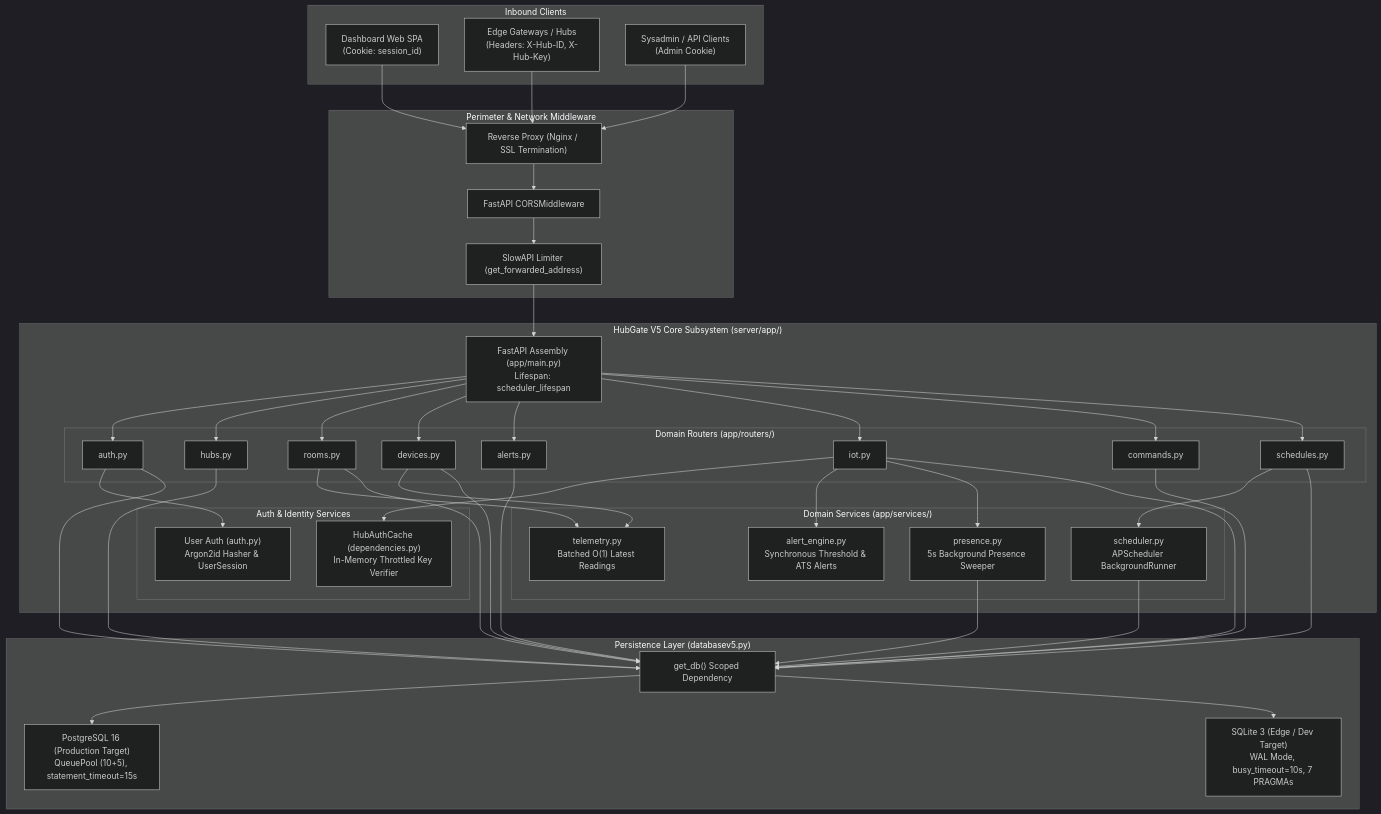
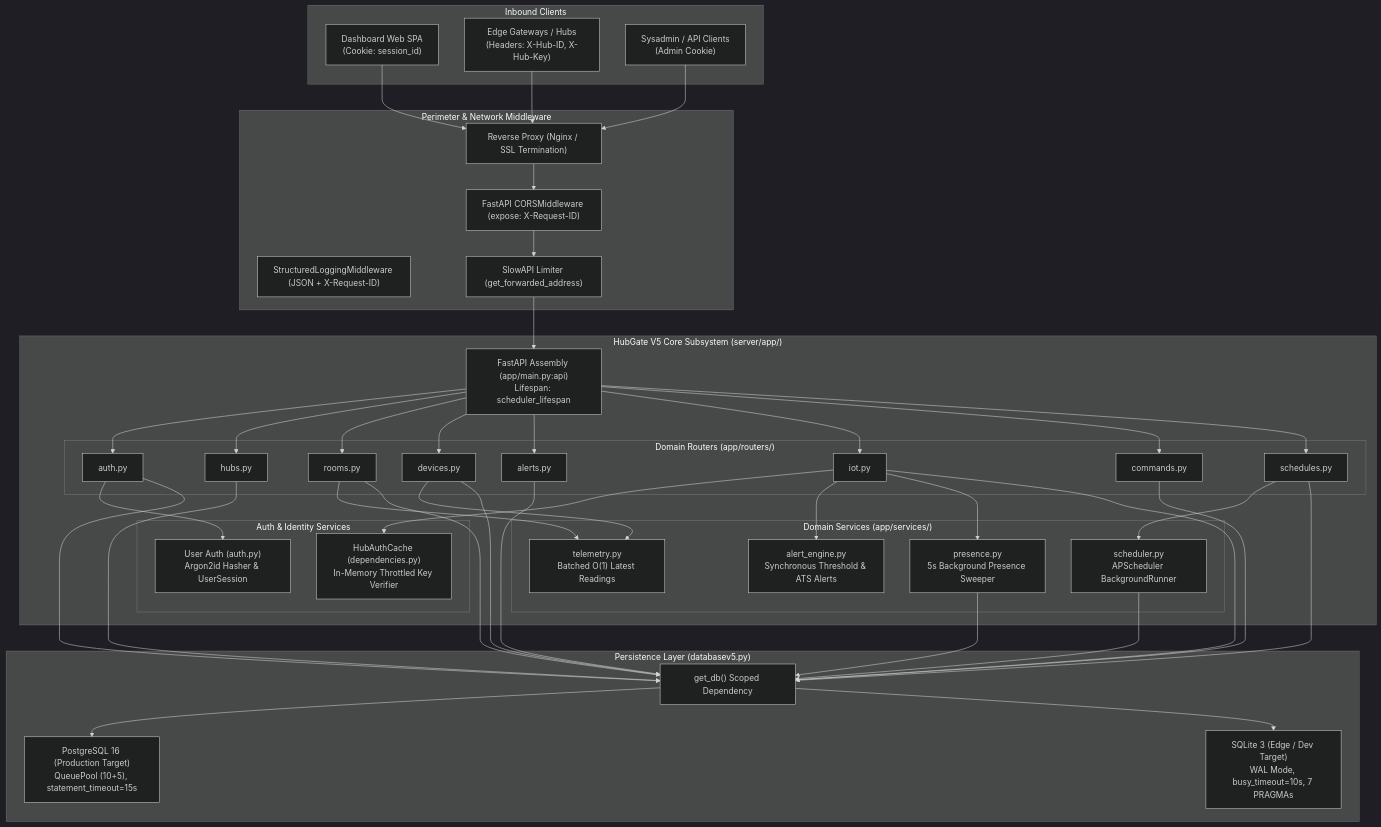
Before and after one commit to mochmizan/proyek-monitoring-dtedi: the first of 2 diagrams in wiki/entity-hubgate-v5.md, drawn with Mermaid (dark theme). The commit also changed other lines of this file and 48 other files, not shown here.

Commit message:
feat(hardening): modernize entrypoint to app.main:api, throttle sessions, enforce device ownership, and sync DOX

```diff
--- a/wiki/entity-hubgate-v5.md
+++ b/wiki/entity-hubgate-v5.md
@@ -20,12 +20,13 @@
 
     subgraph "Perimeter & Network Middleware"
         Nginx["Reverse Proxy (Nginx / SSL Termination)"]
-        CORS["FastAPI CORSMiddleware"]
+        CORS["FastAPI CORSMiddleware (expose: X-Request-ID)"]
+        StructuredLog["StructuredLoggingMiddleware (JSON + X-Request-ID)"]
         SlowAPI["SlowAPI Limiter (get_forwarded_address)"]
     end
 
     subgraph "HubGate V5 Core Subsystem (server/app/)"
-        Main["FastAPI Assembly (app/main.py)<br/>Lifespan: scheduler_lifespan"]
+        Main["FastAPI Assembly (app/main.py:api)<br/>Lifespan: scheduler_lifespan"]
         
         subgraph "Domain Routers (app/routers/)"
             R_Auth["auth.py"]
```
